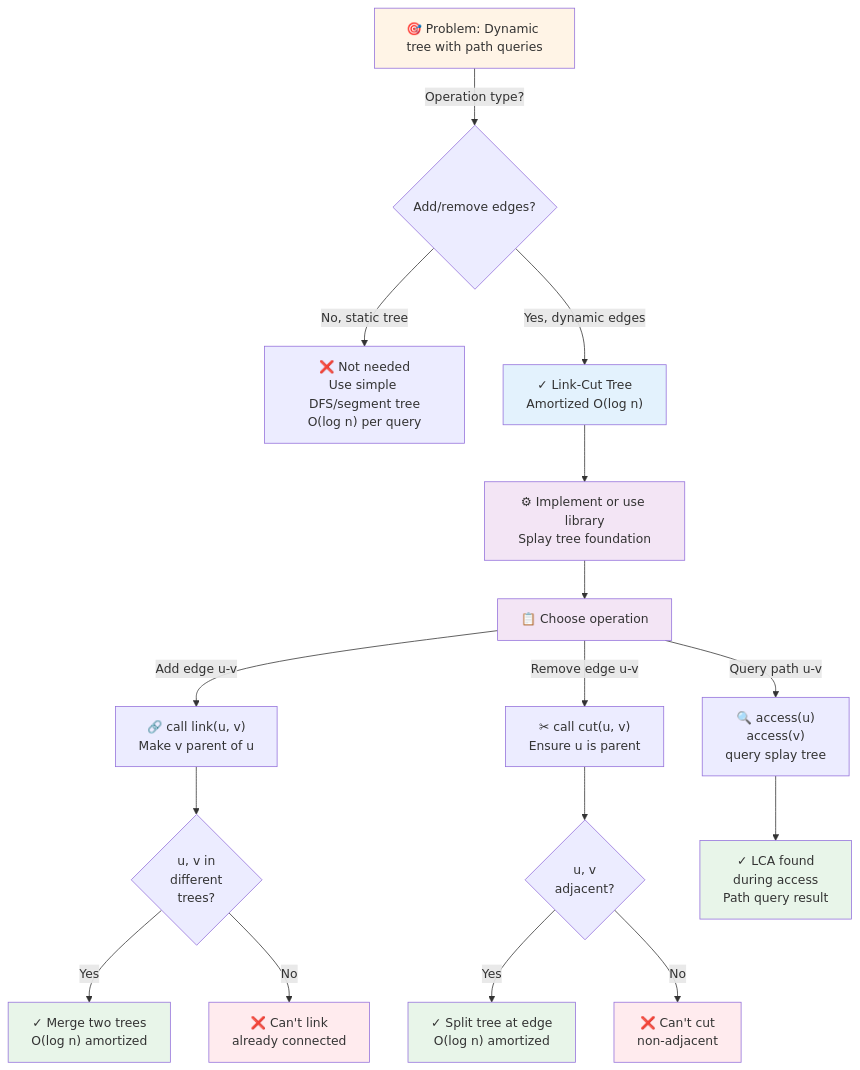
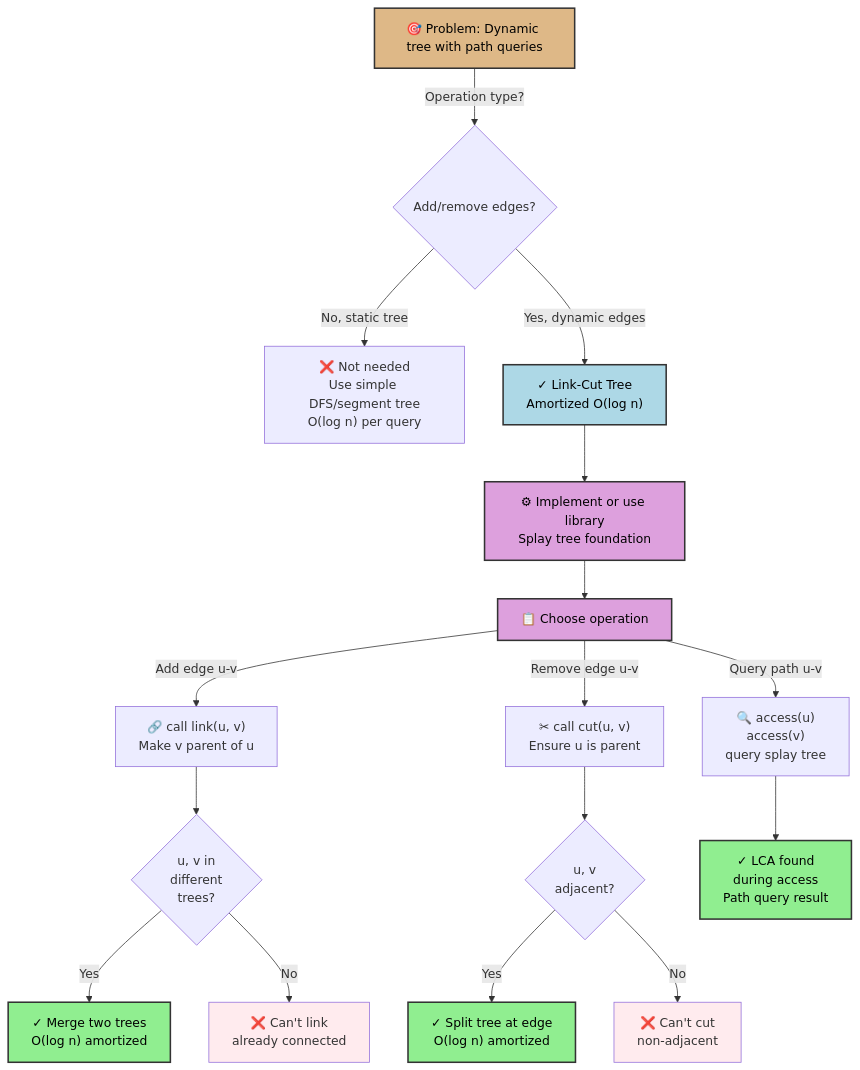
Before and after one commit to souradeepta/interviewprep: the first of 4 diagrams in docs/advanced_ds/link_cut_tree.md, drawn with Mermaid. The commit also changed other lines of this file and 31 other files, not shown here.

Commit message:
updated graphs

````diff
--- a/docs/advanced_ds/link_cut_tree.md
+++ b/docs/advanced_ds/link_cut_tree.md
@@ -93,28 +93,28 @@
 ```mermaid
 flowchart TD
     A["🎯 Problem: Dynamic tree with path queries"] -->|Operation type?| B{Add/remove edges?}
     B -->|No, static tree| C["❌ Not needed<br/>Use simple DFS/segment tree<br/>O(log n) per query"]
     B -->|Yes, dynamic edges| D["✓ Link-Cut Tree<br/>Amortized O(log n)"]
     D --> E["⚙ Implement or use library<br/>Splay tree foundation"]
     E --> F["📋 Choose operation"]
     F -->|Add edge u-v| G["🔗 call link(u, v)<br/>Make v parent of u"]
     F -->|Remove edge u-v| H["✂ call cut(u, v)<br/>Ensure u is parent"]
     F -->|Query path u-v| I["🔍 access(u)<br/>access(v)<br/>query splay tree"]
     G --> J{"u, v in<br/>different<br/>trees?"}
     J -->|Yes| M["✓ Merge two trees<br/>O(log n) amortized"]
     J -->|No| K["❌ Can't link<br/>already connected"]
     H --> L{"u, v<br/>adjacent?"}
     L -->|Yes| N["✓ Split tree at edge<br/>O(log n) amortized"]
     L -->|No| O["❌ Can't cut<br/>non-adjacent"]
     I --> P["✓ LCA found<br/>during access<br/>Path query result"]
     
-    style A fill:#fff4e6
-    style D fill:#e3f2fd
-    style E fill:#f3e5f5
-    style F fill:#f3e5f5
-    style M fill:#e8f5e9
-    style N fill:#e8f5e9
-    style P fill:#e8f5e9
+    style A fill:#deb887,color:#000,stroke:#333,stroke-width:2px
+    style D fill:#add8e6,color:#000,stroke:#333,stroke-width:2px
+    style E fill:#dda0dd,color:#000,stroke:#333,stroke-width:2px
+    style F fill:#dda0dd,color:#000,stroke:#333,stroke-width:2px
+    style M fill:#90ee90,color:#000,stroke:#333,stroke-width:2px
+    style N fill:#90ee90,color:#000,stroke:#333,stroke-width:2px
+    style P fill:#90ee90,color:#000,stroke:#333,stroke-width:2px
     style K fill:#ffebee
     style O fill:#ffebee
 ```
````
